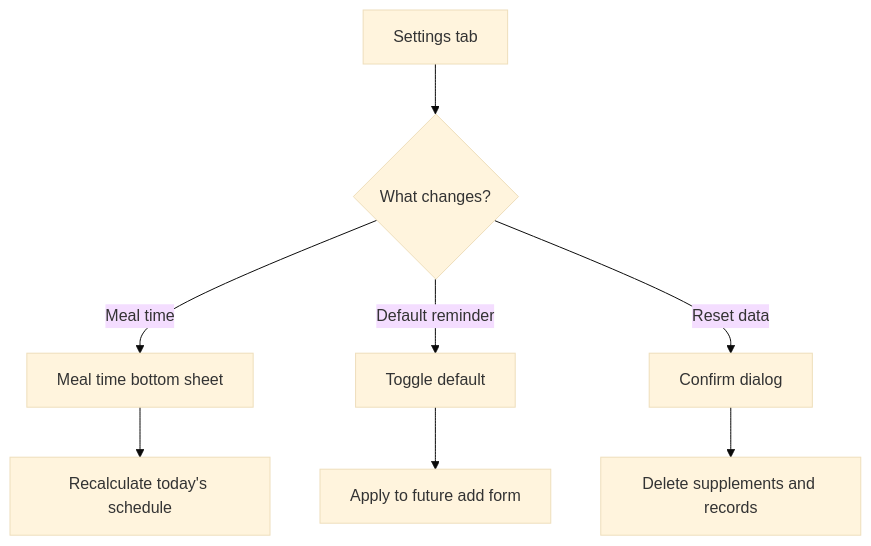
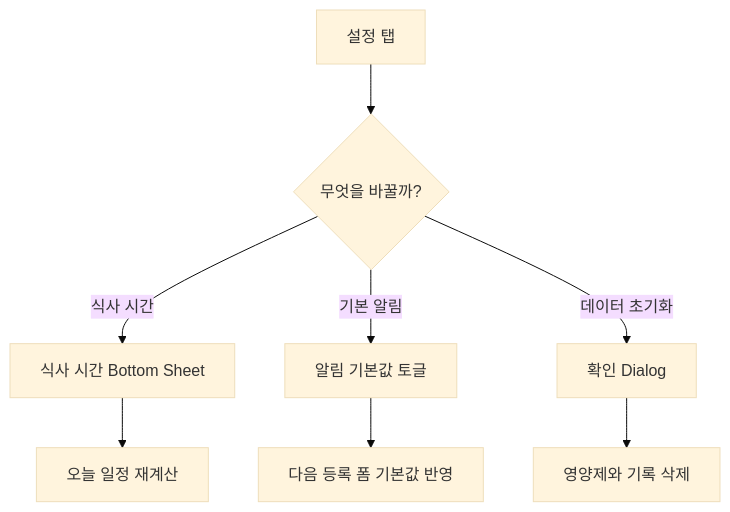
The fifth of 6 diagrams in docs/user_flow.md (Jiyeong-kor/supplement_routine), drawn with Mermaid (base theme) before and after one commit. The commit also changed other lines of this file and 17 other files, not shown here.

````diff
--- a/docs/user_flow.md
+++ b/docs/user_flow.md
@@ -67,10 +67,10 @@
 ```mermaid
 flowchart TD
-    A["Settings tab"] --> B{"What changes?"}
-    B -->|Meal time| C["Meal time bottom sheet"]
-    C --> D["Recalculate today's schedule"]
-    B -->|Default reminder| E["Toggle default"]
-    E --> F["Apply to future add form"]
-    B -->|Reset data| G["Confirm dialog"]
-    G --> H["Delete supplements and records"]
+    A["설정 탭"] --> B{"무엇을 바꿀까?"}
+    B -->|식사 시간| C["식사 시간 Bottom Sheet"]
+    C --> D["오늘 일정 재계산"]
+    B -->|기본 알림| E["알림 기본값 토글"]
+    E --> F["다음 등록 폼 기본값 반영"]
+    B -->|데이터 초기화| G["확인 Dialog"]
+    G --> H["영양제와 기록 삭제"]
 ```
````
